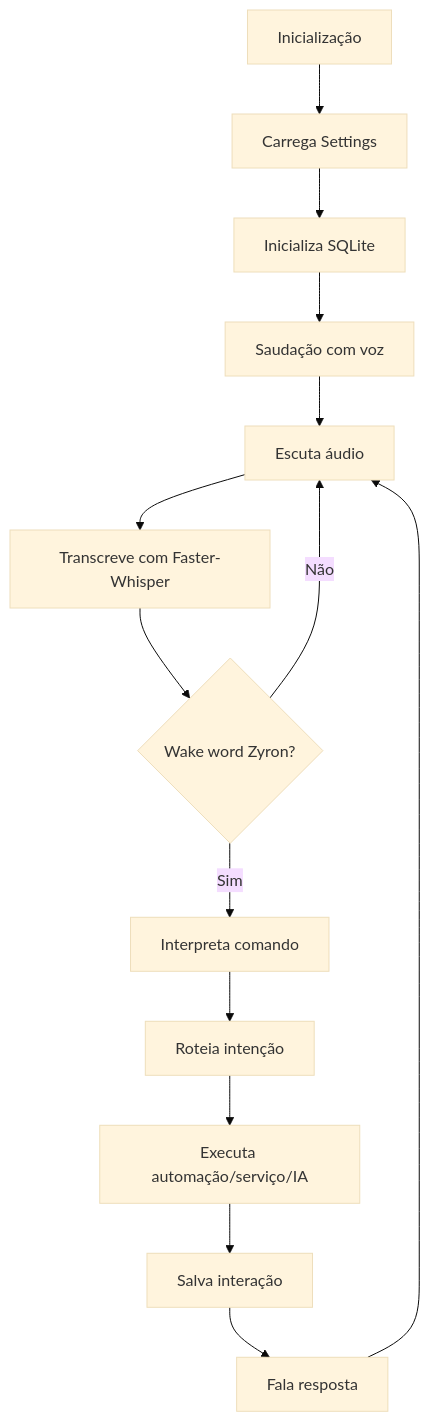
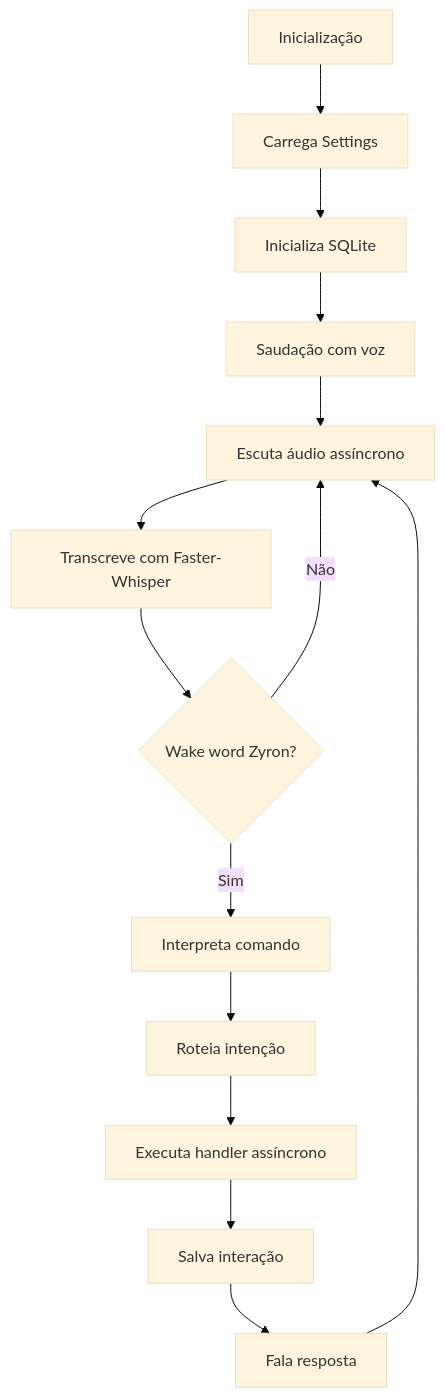
The first of 2 diagrams in README.md (leonidas-alt/ZYRON), drawn with Mermaid (base theme) before and after one commit. The commit also changed other lines of this file and 18 other files, not shown here.

Commit message:
Refactor assistant architecture with async command ports

````diff
--- a/README.md
+++ b/README.md
@@ -106,16 +118,16 @@
 ```mermaid
 flowchart TD
     A[Inicialização] --> B[Carrega Settings]
     B --> C[Inicializa SQLite]
     C --> D[Saudação com voz]
-    D --> E[Escuta áudio]
+    D --> E[Escuta áudio assíncrono]
     E --> F[Transcreve com Faster-Whisper]
     F --> G{Wake word Zyron?}
     G -- Não --> E
     G -- Sim --> H[Interpreta comando]
     H --> I[Roteia intenção]
-    I --> J[Executa automação/serviço/IA]
+    I --> J[Executa handler assíncrono]
     J --> K[Salva interação]
     K --> L[Fala resposta]
     L --> E
 ```
````
